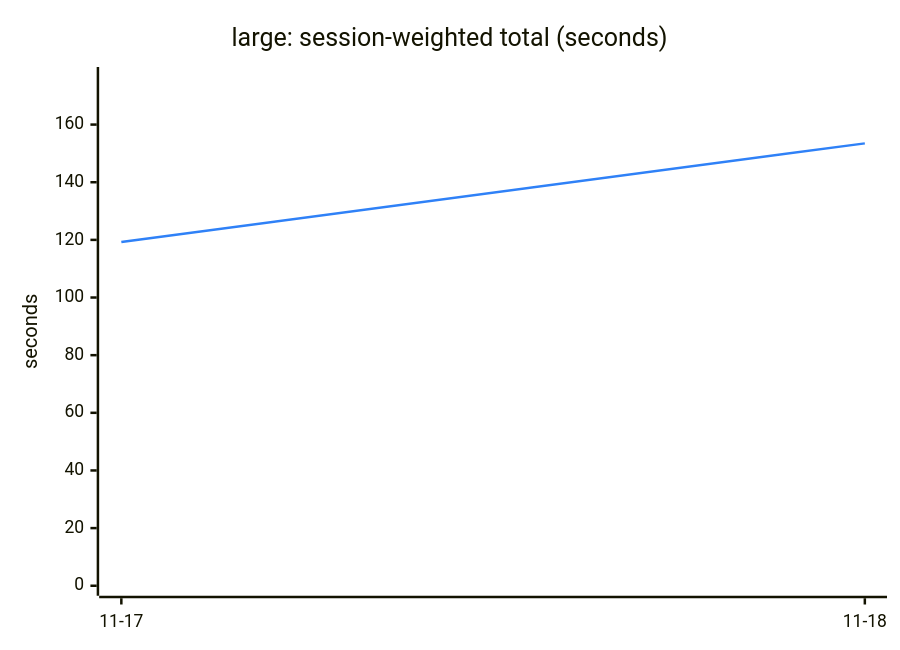
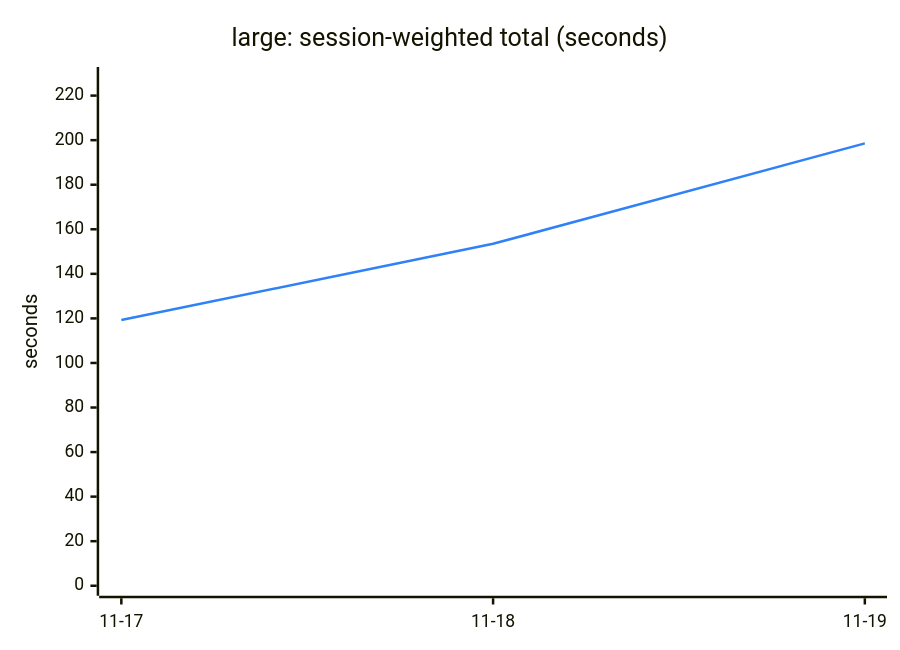
One commit to Ricovl/mxcli changed the second of 6 diagrams in TREND.md. Above: the diagram before and after it, drawn with Mermaid. The commit also changed other lines of this file and 2 other files, not shown here.

````diff
--- a/TREND.md
+++ b/TREND.md
@@ -48,13 +48,13 @@
 ```mermaid
 ---
 config:
   themeVariables:
     xyChart:
       plotColorPalette: "#2f81f7"
 ---
 xychart-beta
     title "large: session-weighted total (seconds)"
-    x-axis ["11-17", "11-18"]
-    y-axis "seconds" 0 --> 176.51
-    line [119.28, 153.48]
+    x-axis ["11-17", "11-18", "11-19"]
+    y-axis "seconds" 0 --> 228.35
+    line [119.28, 153.48, 198.56]
 ```
````
